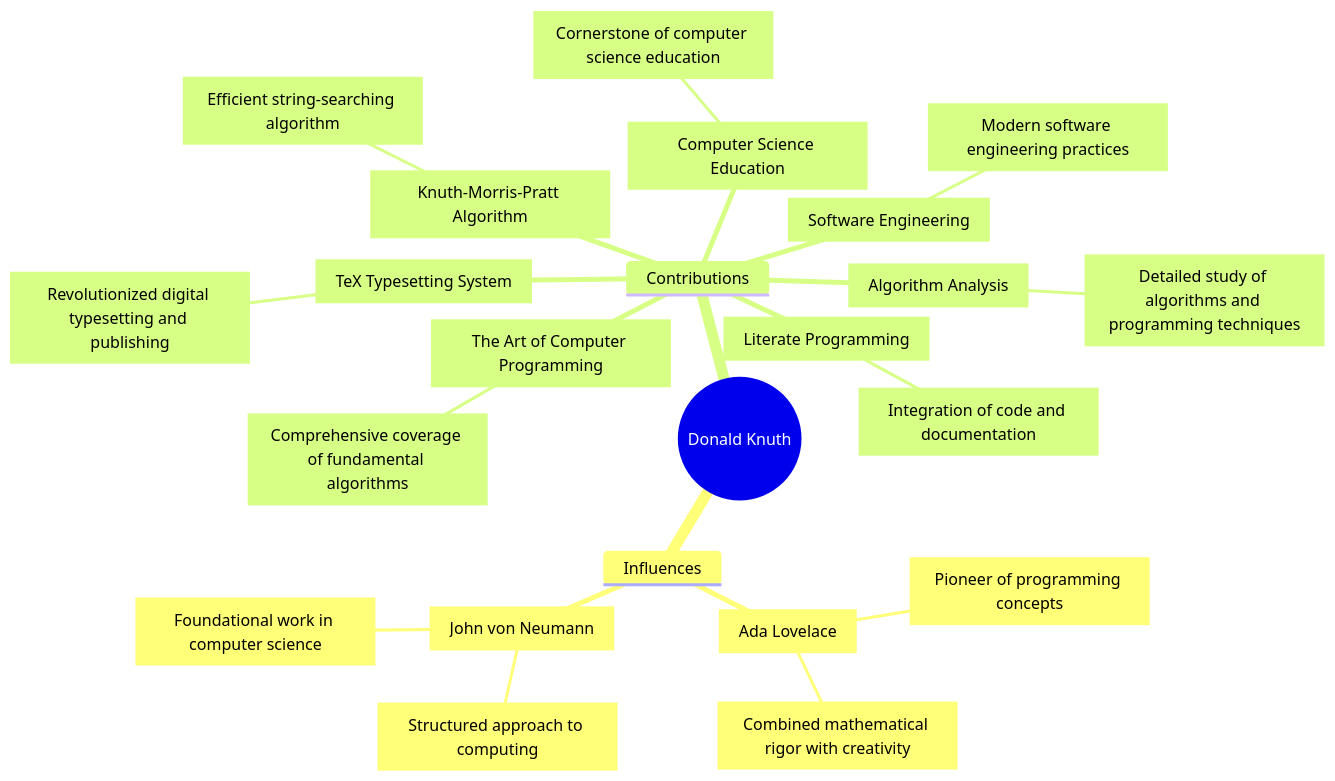
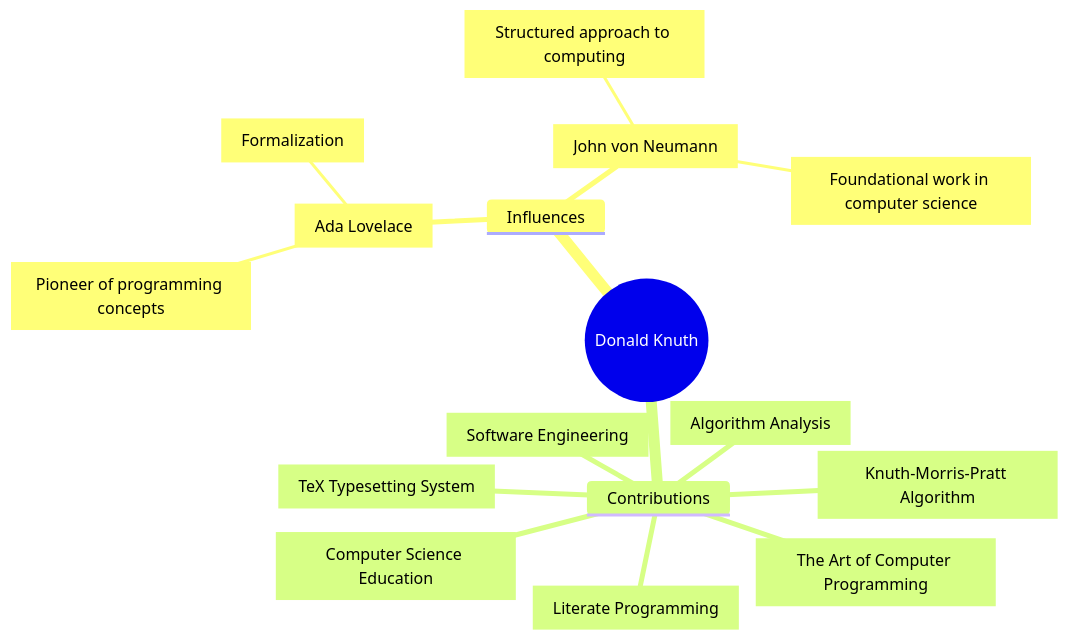
Before and after one commit to Furkanzmc/cppnorth-2024-shoulders-we-stand-on: the fourth of 5 diagrams in pages/act-2.md, drawn with Mermaid. The commit also changed other lines of this file and 7 other files, not shown here.

````diff
--- a/pages/act-2.md
+++ b/pages/act-2.md
@@ -669,26 +440,19 @@
-```mermaid
+```mermaid {scale:0.7}
 mindmap
   root((Donald Knuth))
     Influences
       Lovelace["Ada Lovelace"]
         Lovelace_desc1["Pioneer of programming concepts"]
-        Lovelace_desc2["Combined mathematical rigor with creativity"]
+        Lovelace_desc2["Formalization"]
       Neumann["John von Neumann"]
         Neumann_desc1["Structured approach to computing"]
         Neumann_desc2["Foundational work in computer science"]
     Contributions
       Programming["The Art of Computer Programming"]
-        Programming_desc["Comprehensive coverage of fundamental algorithms"]
       TeX["TeX Typesetting System"]
-        TeX_desc["Revolutionized digital typesetting and publishing"]
       KMP["Knuth-Morris-Pratt Algorithm"]
-        KMP_desc["Efficient string-searching algorithm"]
       Literate["Literate Programming"]
-        Literate_desc["Integration of code and documentation"]
       Analysis["Algorithm Analysis"]
-        Analysis_desc["Detailed study of algorithms and programming techniques"]
       Software["Software Engineering"]
-        Software_desc["Modern software engineering practices"]
       Education["Computer Science Education"]
-        Education_desc["Cornerstone of computer science education"]
 ```
````
